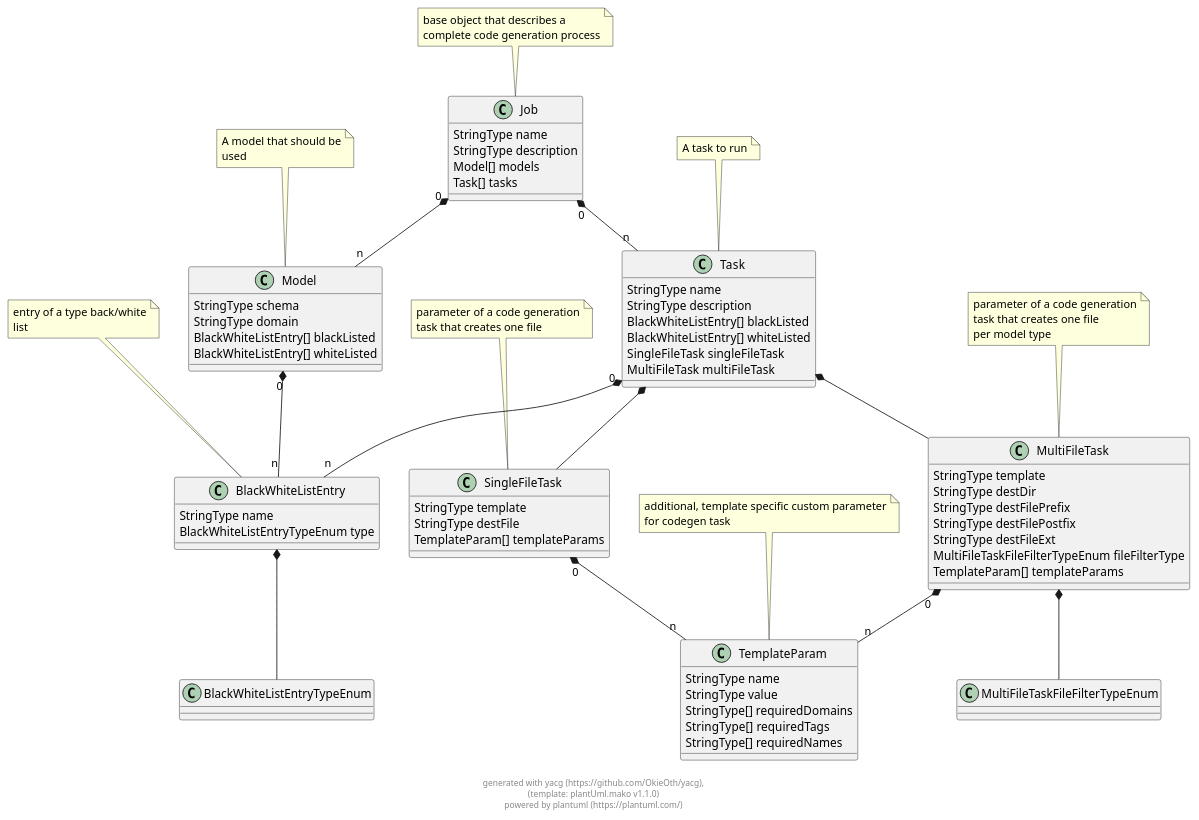
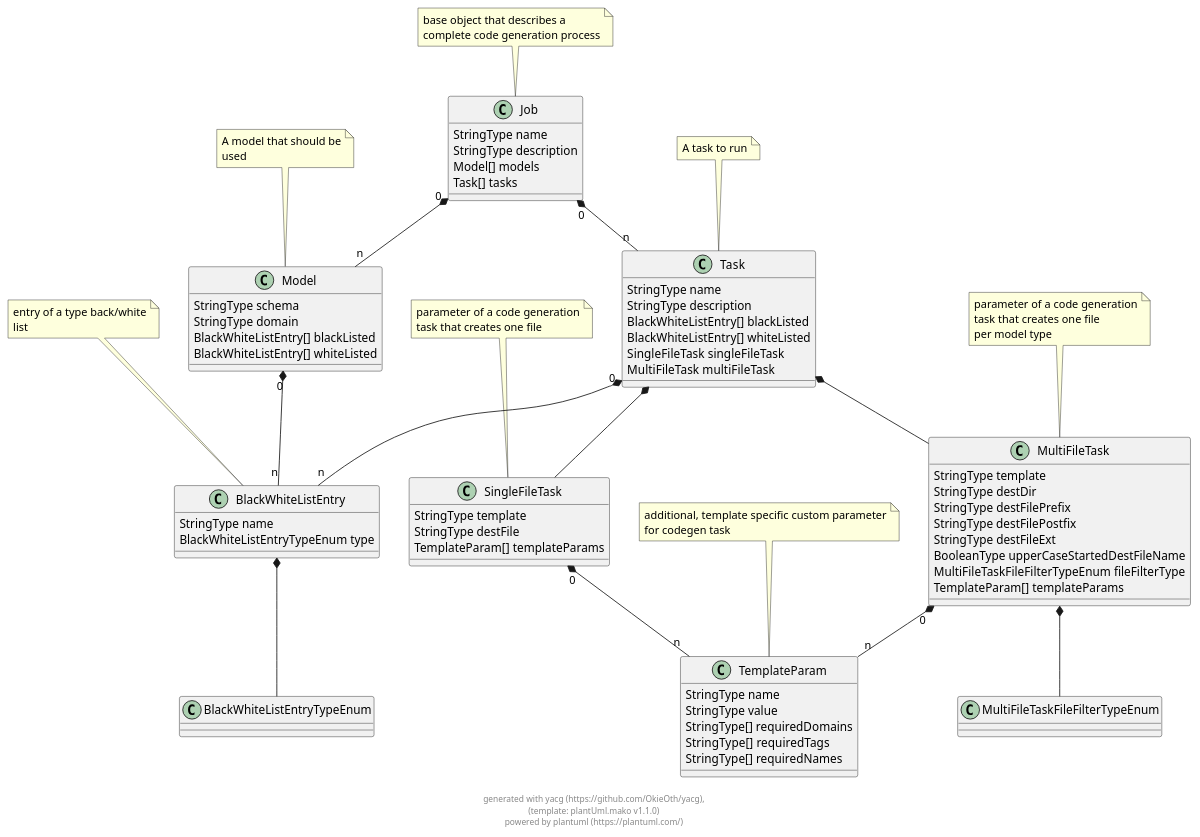
The diagram in docs/puml/yacg_config_schema.puml (OkieOth/yacg), drawn with PlantUML before and after one commit. The commit also changed 7 other files, not shown here.

```diff
--- a/docs/puml/yacg_config_schema.puml
+++ b/docs/puml/yacg_config_schema.puml
@@ -2,109 +2,110 @@
 @startuml
 
 class Job {
     StringType name 
     StringType description 
     Model[] models 
     Task[] tasks 
 }
  
 note top: base object that describes a\ncomplete code generation process
 
 class Model {
     StringType schema 
     StringType domain 
     BlackWhiteListEntry[] blackListed 
     BlackWhiteListEntry[] whiteListed 
 }
  
 note top: A model that should be\nused
 
 class Task {
     StringType name 
     StringType description 
     BlackWhiteListEntry[] blackListed 
     BlackWhiteListEntry[] whiteListed 
     SingleFileTask singleFileTask 
     MultiFileTask multiFileTask 
 }
  
 note top: A task to run
 
 class BlackWhiteListEntry {
     StringType name 
     BlackWhiteListEntryTypeEnum type 
 }
  
 note top: entry of a type back/white\nlist
 
 class BlackWhiteListEntryTypeEnum {
 }
  
 
 class SingleFileTask {
     StringType template 
     StringType destFile 
     TemplateParam[] templateParams 
 }
  
 note top: parameter of a code generation\ntask that creates one file
 
 class TemplateParam {
     StringType name 
     StringType value 
     StringType[] requiredDomains 
     StringType[] requiredTags 
     StringType[] requiredNames 
 }
  
 note top: additional, template specific custom parameter\nfor codegen task
 
 class MultiFileTask {
     StringType template 
     StringType destDir 
     StringType destFilePrefix 
     StringType destFilePostfix 
     StringType destFileExt 
+    BooleanType upperCaseStartedDestFileName 
     MultiFileTaskFileFilterTypeEnum fileFilterType 
     TemplateParam[] templateParams 
 }
  
 note top: parameter of a code generation\ntask that creates one file\nper model type
 
 class MultiFileTaskFileFilterTypeEnum {
 }
  
 
 
     
 Job "0" *-- "n" Model        
             
 Job "0" *-- "n" Task        
             
     
 Model "0" *-- "n" BlackWhiteListEntry        
             
     
 Task "0" *-- "n" BlackWhiteListEntry        
             
 Task  *--  SingleFileTask        
             
 Task  *--  MultiFileTask        
             
     
 BlackWhiteListEntry  *--  BlackWhiteListEntryTypeEnum        
             
     
     
 SingleFileTask "0" *-- "n" TemplateParam        
             
     
     
 MultiFileTask  *--  MultiFileTaskFileFilterTypeEnum        
             
 MultiFileTask "0" *-- "n" TemplateParam        
             
     
 
 footer \ngenerated with yacg (https://github.com/OkieOth/yacg),\n(template: plantUml.mako v1.1.0)\npowered by plantuml (https://plantuml.com/)
 @enduml
```
